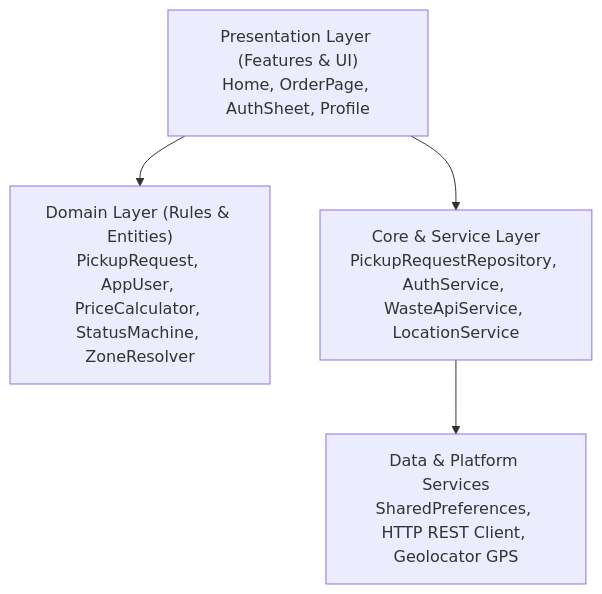
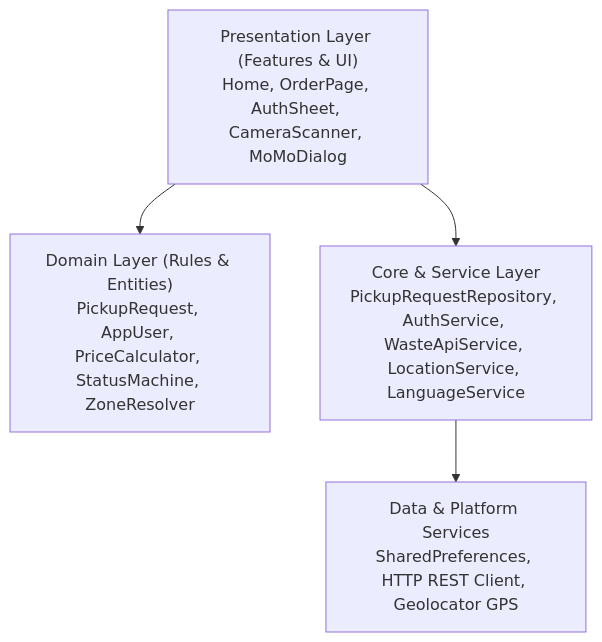
The first of 2 diagrams in docs/TECHNICAL_DOCUMENTATION.md (coder-cliff/ecoRoute), drawn with Mermaid before and after one commit. The commit also changed other lines of this file and 3 other files, not shown here.

Commit message:
Update system architecture, testing evaluation (29/29 tests), and user guide documentation

````diff
--- a/docs/TECHNICAL_DOCUMENTATION.md
+++ b/docs/TECHNICAL_DOCUMENTATION.md
@@ -6,6 +6,6 @@
 ```mermaid
 graph TD
-    UI["Presentation Layer (Features & UI)<br/>Home, OrderPage, AuthSheet, Profile"] --> Domain["Domain Layer (Rules & Entities)<br/>PickupRequest, AppUser, PriceCalculator, StatusMachine, ZoneResolver"]
-    UI --> Core["Core & Service Layer<br/>PickupRequestRepository, AuthService, WasteApiService, LocationService"]
+    UI["Presentation Layer (Features & UI)<br/>Home, OrderPage, AuthSheet, CameraScanner, MoMoDialog"] --> Domain["Domain Layer (Rules & Entities)<br/>PickupRequest, AppUser, PriceCalculator, StatusMachine, ZoneResolver"]
+    UI --> Core["Core & Service Layer<br/>PickupRequestRepository, AuthService, WasteApiService, LocationService, LanguageService"]
     Core --> Storage["Data & Platform Services<br/>SharedPreferences, HTTP REST Client, Geolocator GPS"]
 ```
````
